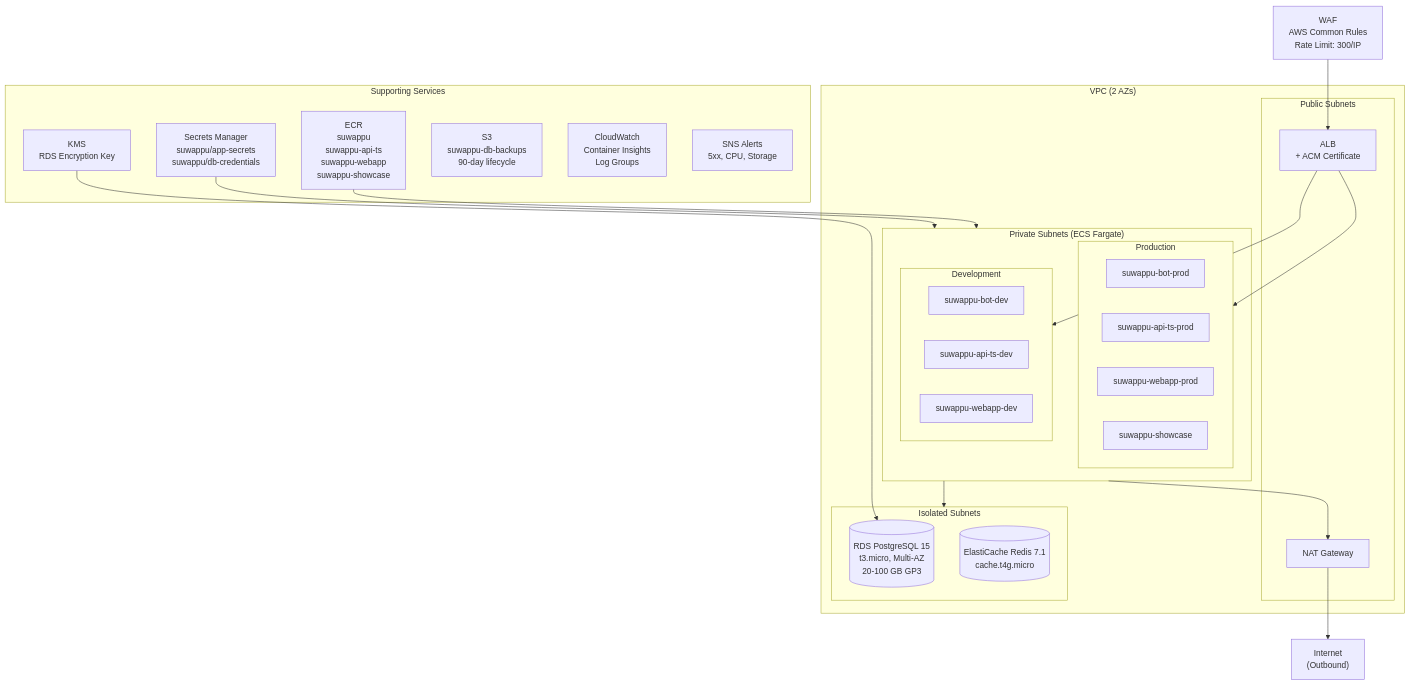
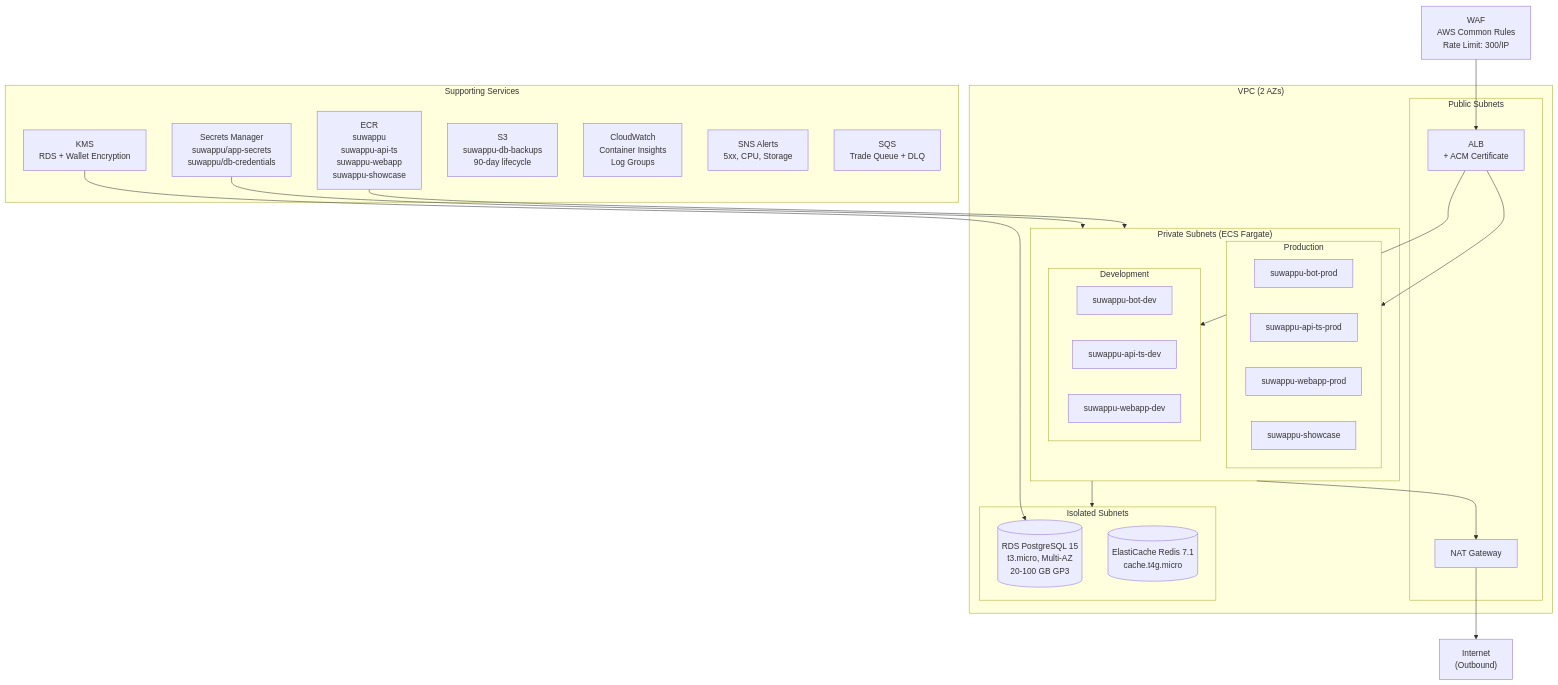
Before and after one commit to 0xSoftBoi/suwappubot: the third of 7 diagrams in README.md, drawn with Mermaid. The commit also changed other lines of this file, not shown here.

Commit message:
docs: update README with Phase 1-4 features, 15 chains, and expanded architecture

````diff
--- a/README.md
+++ b/README.md
@@ -130,47 +166,48 @@
 ```mermaid
 flowchart TB
     subgraph VPC["VPC (2 AZs)"]
         subgraph Public["Public Subnets"]
             ALB["ALB\n+ ACM Certificate"]
             NAT["NAT Gateway"]
         end
 
         subgraph Private["Private Subnets (ECS Fargate)"]
             subgraph ProdServices["Production"]
                 BotProd["suwappu-bot-prod"]
                 APIProd["suwappu-api-ts-prod"]
                 WebProd["suwappu-webapp-prod"]
                 ShowcaseSvc["suwappu-showcase"]
             end
             subgraph DevServices["Development"]
                 BotDev["suwappu-bot-dev"]
                 APIDev["suwappu-api-ts-dev"]
                 WebDev["suwappu-webapp-dev"]
             end
         end
 
         subgraph Isolated["Isolated Subnets"]
             RDS[(RDS PostgreSQL 15\nt3.micro, Multi-AZ\n20-100 GB GP3)]
             ElastiCache[(ElastiCache Redis 7.1\ncache.t4g.micro)]
         end
     end
 
     WAF["WAF\nAWS Common Rules\nRate Limit: 300/IP"]
     WAF --> ALB
     ALB --> ProdServices & DevServices
     Private --> NAT --> Internet["Internet\n(Outbound)"]
     Private --> Isolated
 
     subgraph Support["Supporting Services"]
         SM["Secrets Manager\nsuwappu/app-secrets\nsuwappu/db-credentials"]
         ECR["ECR\nsuwappu\nsuwappu-api-ts\nsuwappu-webapp\nsuwappu-showcase"]
-        KMS["KMS\nRDS Encryption Key"]
+        KMS["KMS\nRDS + Wallet Encryption"]
         S3["S3\nsuwappu-db-backups\n90-day lifecycle"]
         CW["CloudWatch\nContainer Insights\nLog Groups"]
         SNS["SNS Alerts\n5xx, CPU, Storage"]
+        SQS2["SQS\nTrade Queue + DLQ"]
     end
 
     SM --> Private
     ECR --> Private
     KMS --> RDS
 ```
````
